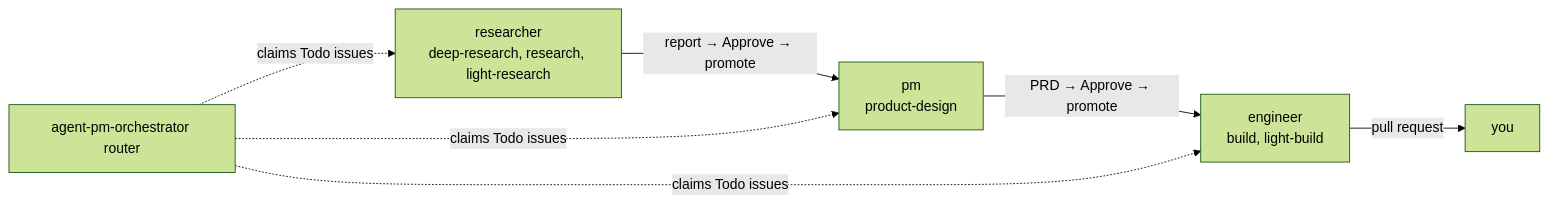
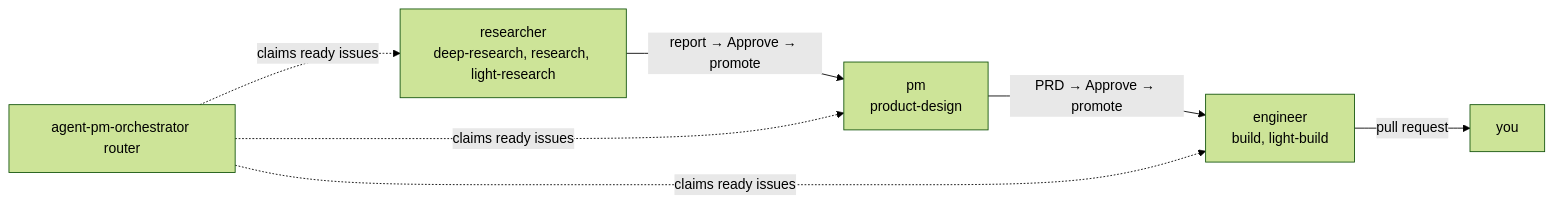
Before and after one commit to ophis/agent-pm: the diagram in README.md, drawn with Mermaid (forest theme). The commit also changed other lines of this file and 12 other files, not shown here.

````diff
--- a/README.md
+++ b/README.md
@@ -15,6 +15,6 @@
 ```mermaid
 flowchart LR
     R["researcher<br>deep-research, research, light-research"] -->|"report → Approve → promote"| P["pm<br>product-design"]
     P -->|"PRD → Approve → promote"| E["engineer<br>build, light-build"] -->|pull request| Y[you]
-    T[agent-pm-orchestrator router] -.->|claims Todo issues| R & P & E
+    T[agent-pm-orchestrator router] -.->|claims ready issues| R & P & E
 ```
````
